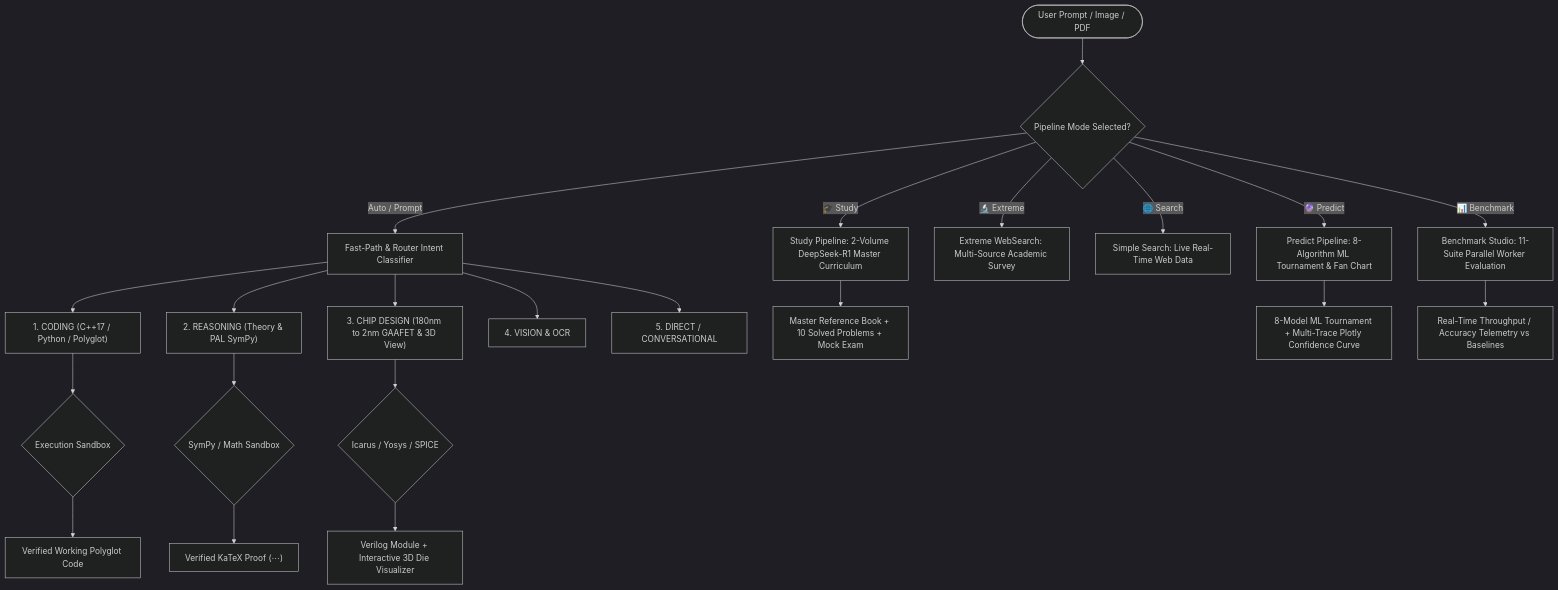
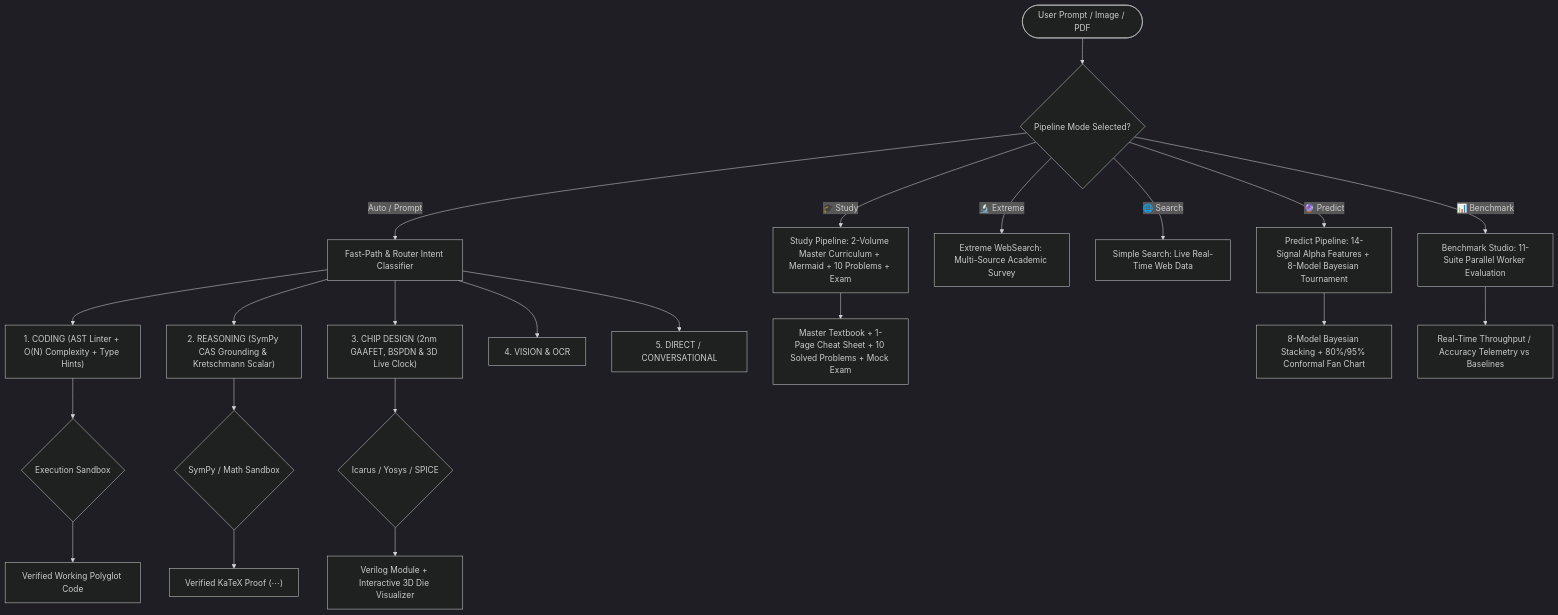
One commit to Arpit104147/DeepThink-AIOS changed the diagram in README.md. Above: the diagram before and after it, drawn with Mermaid (dark theme). The commit also changed other lines of this file and 1 other file, not shown here.

Commit message:
feat(docs & ui): update README with scientific features and golden prompts showcase, add multi-volume navigation tabs and quick export

````diff
--- a/README.md
+++ b/README.md
@@ -62,27 +74,27 @@
 ```mermaid
 flowchart TD
     %% ── TOP-LEVEL INGESTION ──
     USER([User Prompt / Image / PDF]) --> MODE_CHECK{"Pipeline Mode Selected?"}
     
-    MODE_CHECK -->|🎓 Study| STUDY_PIPE["Study Pipeline: 2-Volume DeepSeek-R1 Master Curriculum"]
-    MODE_CHECK -->|🔮 Predict| PREDICT_PIPE["Predict Pipeline: 8-Algorithm ML Tournament & Fan Chart"]
+    MODE_CHECK -->|🎓 Study| STUDY_PIPE["Study Pipeline: 2-Volume Master Curriculum + Mermaid + 10 Problems + Exam"]
+    MODE_CHECK -->|🔮 Predict| PREDICT_PIPE["Predict Pipeline: 14-Signal Alpha Features + 8-Model Bayesian Tournament"]
     MODE_CHECK -->|🔬 Extreme| EXTREME_PIPE["Extreme WebSearch: Multi-Source Academic Survey"]
     MODE_CHECK -->|🌐 Search| SEARCH_PIPE["Simple Search: Live Real-Time Web Data"]
     MODE_CHECK -->|📊 Benchmark| BENCH_PIPE["Benchmark Studio: 11-Suite Parallel Worker Evaluation"]
     MODE_CHECK -->|Auto / Prompt| ROUTER["Fast-Path & Router Intent Classifier"]
 
     %% ── Intent Classification Branches ──
-    ROUTER --> PATH_CODING["1. CODING (C++17 / Python / Polyglot)"]
-    ROUTER --> PATH_REASONING["2. REASONING (Theory & PAL SymPy)"]
-    ROUTER --> PATH_CHIP["3. CHIP DESIGN (180nm to 2nm GAAFET & 3D View)"]
+    ROUTER --> PATH_CODING["1. CODING (AST Linter + O(N) Complexity + Type Hints)"]
+    ROUTER --> PATH_REASONING["2. REASONING (SymPy CAS Grounding & Kretschmann Scalar)"]
+    ROUTER --> PATH_CHIP["3. CHIP DESIGN (2nm GAAFET, BSPDN & 3D Live Clock)"]
     ROUTER --> PATH_VISION["4. VISION & OCR"]
     ROUTER --> PATH_SIMPLE["5. DIRECT / CONVERSATIONAL"]
 
     %% ── Execution Pathways ──
-    STUDY_PIPE --> STUDY_OUT["Master Reference Book + 10 Solved Problems + Mock Exam"]
-    PREDICT_PIPE --> PREDICT_OUT["8-Model ML Tournament + Multi-Trace Plotly Confidence Curve"]
+    STUDY_PIPE --> STUDY_OUT["Master Textbook + 1-Page Cheat Sheet + 10 Solved Problems + Mock Exam"]
+    PREDICT_PIPE --> PREDICT_OUT["8-Model Bayesian Stacking + 80%/95% Conformal Fan Chart"]
     BENCH_PIPE --> BENCH_OUT["Real-Time Throughput / Accuracy Telemetry vs Baselines"]
     PATH_CODING --> CODE_SB{"Execution Sandbox"} --> CODE_PASS["Verified Working Polyglot Code"]
     PATH_REASONING --> PAL_SB{"SymPy / Math Sandbox"} --> PAL_PASS["Verified KaTeX Proof ($$ ... $$)"]
     PATH_CHIP --> EDA_SB{"Icarus / Yosys / SPICE"} --> CHIP_OUT["Verilog Module + Interactive 3D Die Visualizer"]
 ```
````
